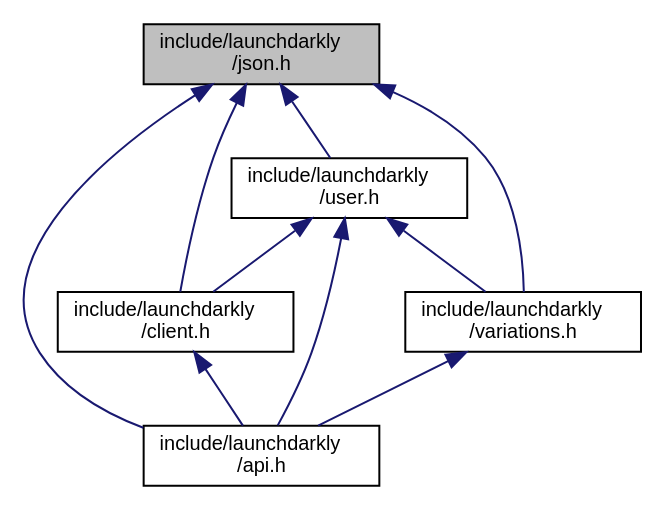
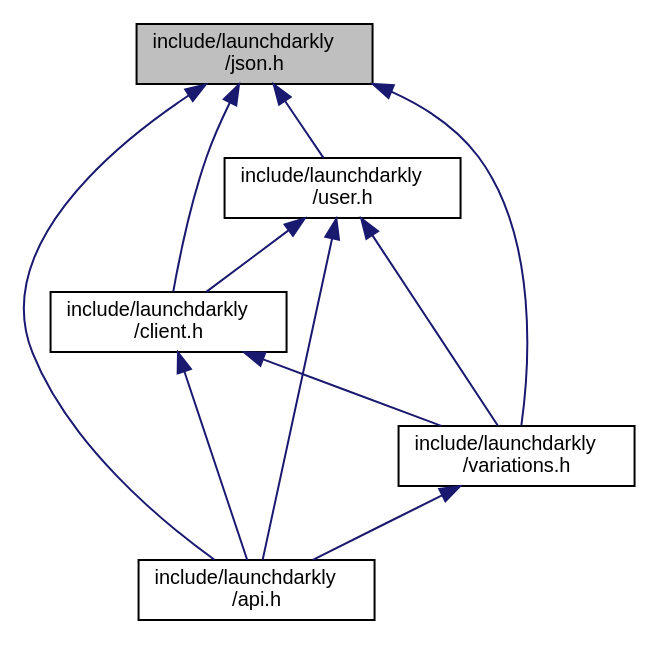
The diagram in json_8h__dep__incl.dot (launchdarkly/c-server-sdk), drawn with Graphviz before and after one commit. The commit also changed 109 other files, not shown here.

```diff
--- a/json_8h__dep__incl.dot
+++ b/json_8h__dep__incl.dot
@@ -1,19 +1,20 @@
 digraph "include/launchdarkly/json.h"
 {
   edge [fontname="Helvetica",fontsize="10",labelfontname="Helvetica",labelfontsize="10"];
   node [fontname="Helvetica",fontsize="10",shape=record];
-  Node4 [label="include/launchdarkly\l/json.h",height=0.2,width=0.4,color="black", fillcolor="grey75", style="filled", fontcolor="black"];
-  Node4 -> Node5 [dir="back",color="midnightblue",fontsize="10",style="solid",fontname="Helvetica"];
-  Node5 [label="include/launchdarkly\l/api.h",height=0.2,width=0.4,color="black", fillcolor="white", style="filled",URL="$api_8h.html",tooltip="Public API. Include this for every public operation. "];
-  Node4 -> Node6 [dir="back",color="midnightblue",fontsize="10",style="solid",fontname="Helvetica"];
-  Node6 [label="include/launchdarkly\l/user.h",height=0.2,width=0.4,color="black", fillcolor="white", style="filled",URL="$user_8h.html",tooltip="Public API Interface for User construction. "];
-  Node6 -> Node5 [dir="back",color="midnightblue",fontsize="10",style="solid",fontname="Helvetica"];
+  Node3 [label="include/launchdarkly\l/json.h",height=0.2,width=0.4,color="black", fillcolor="grey75", style="filled", fontcolor="black"];
+  Node3 -> Node4 [dir="back",color="midnightblue",fontsize="10",style="solid",fontname="Helvetica"];
+  Node4 [label="include/launchdarkly\l/api.h",height=0.2,width=0.4,color="black", fillcolor="white", style="filled",URL="$api_8h.html",tooltip="Public API. Include this for every public operation. "];
+  Node3 -> Node5 [dir="back",color="midnightblue",fontsize="10",style="solid",fontname="Helvetica"];
+  Node5 [label="include/launchdarkly\l/user.h",height=0.2,width=0.4,color="black", fillcolor="white", style="filled",URL="$user_8h.html",tooltip="Public API Interface for User construction. "];
+  Node5 -> Node4 [dir="back",color="midnightblue",fontsize="10",style="solid",fontname="Helvetica"];
+  Node5 -> Node6 [dir="back",color="midnightblue",fontsize="10",style="solid",fontname="Helvetica"];
+  Node6 [label="include/launchdarkly\l/client.h",height=0.2,width=0.4,color="black", fillcolor="white", style="filled",URL="$client_8h.html",tooltip="Public API Interface for Client operations. "];
+  Node6 -> Node4 [dir="back",color="midnightblue",fontsize="10",style="solid",fontname="Helvetica"];
   Node6 -> Node7 [dir="back",color="midnightblue",fontsize="10",style="solid",fontname="Helvetica"];
-  Node7 [label="include/launchdarkly\l/client.h",height=0.2,width=0.4,color="black", fillcolor="white", style="filled",URL="$client_8h.html",tooltip="Public API Interface for Client operations. "];
-  Node7 -> Node5 [dir="back",color="midnightblue",fontsize="10",style="solid",fontname="Helvetica"];
-  Node6 -> Node8 [dir="back",color="midnightblue",fontsize="10",style="solid",fontname="Helvetica"];
-  Node8 [label="include/launchdarkly\l/variations.h",height=0.2,width=0.4,color="black", fillcolor="white", style="filled",URL="$variations_8h.html",tooltip="Public API Interface for evaluation variations. "];
-  Node8 -> Node5 [dir="back",color="midnightblue",fontsize="10",style="solid",fontname="Helvetica"];
-  Node4 -> Node7 [dir="back",color="midnightblue",fontsize="10",style="solid",fontname="Helvetica"];
-  Node4 -> Node8 [dir="back",color="midnightblue",fontsize="10",style="solid",fontname="Helvetica"];
+  Node7 [label="include/launchdarkly\l/variations.h",height=0.2,width=0.4,color="black", fillcolor="white", style="filled",URL="$variations_8h.html",tooltip="Public API Interface for evaluation variations. "];
+  Node7 -> Node4 [dir="back",color="midnightblue",fontsize="10",style="solid",fontname="Helvetica"];
+  Node5 -> Node7 [dir="back",color="midnightblue",fontsize="10",style="solid",fontname="Helvetica"];
+  Node3 -> Node6 [dir="back",color="midnightblue",fontsize="10",style="solid",fontname="Helvetica"];
+  Node3 -> Node7 [dir="back",color="midnightblue",fontsize="10",style="solid",fontname="Helvetica"];
 }
```
